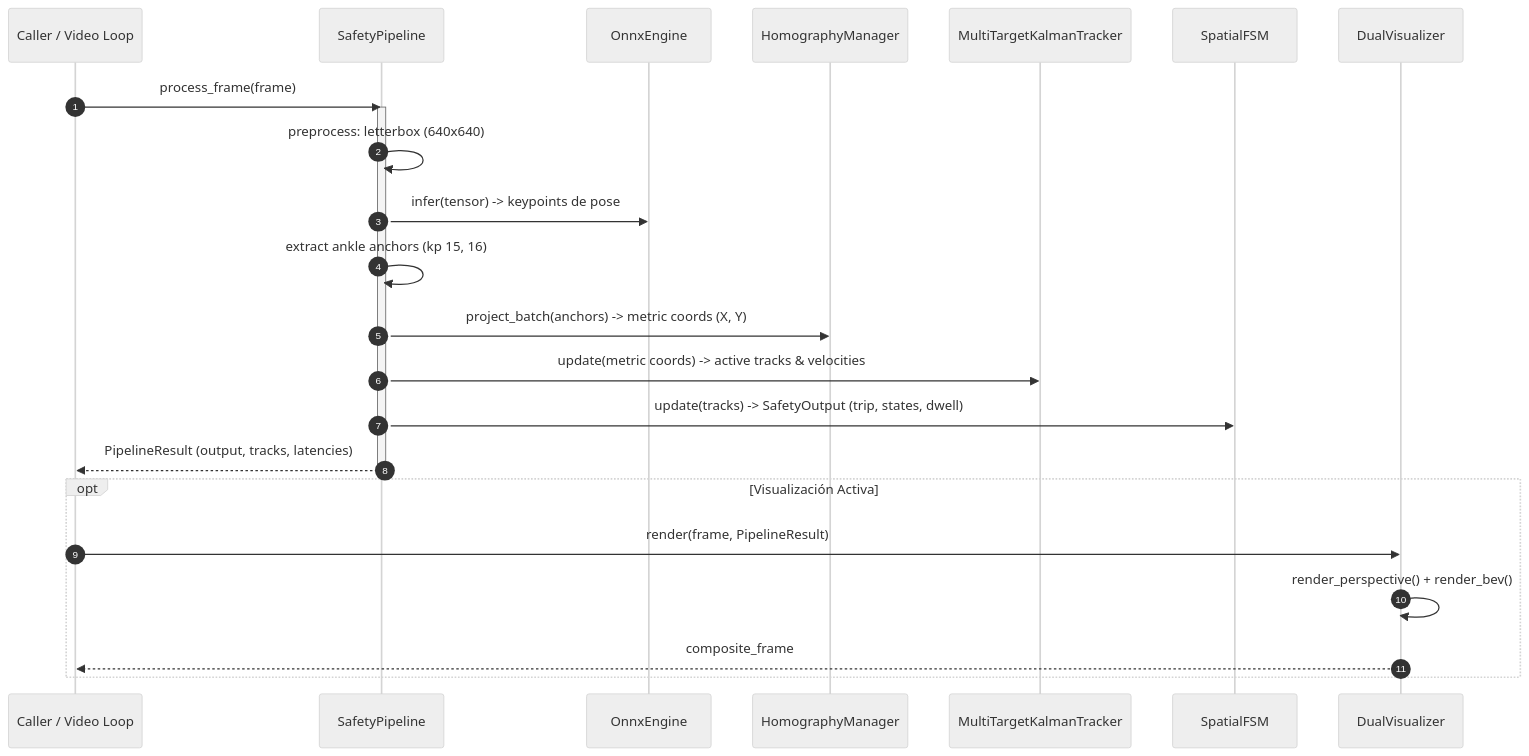
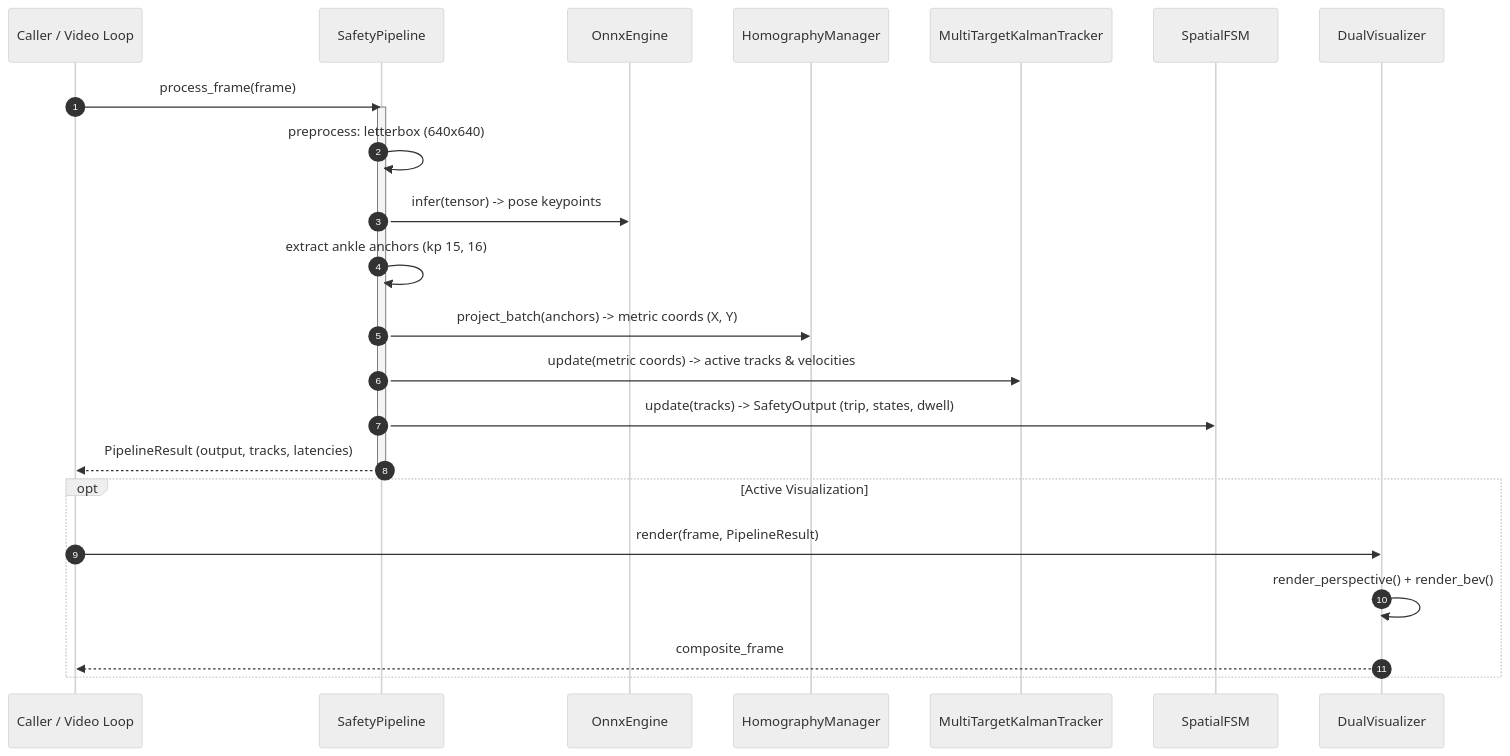
Before and after one commit to LeanoA/edge-vision-zone-monitor: the fourth of 4 diagrams in README.md, drawn with Mermaid (neutral theme). The commit also changed other lines of this file and 8 other files, not shown here.

````diff
--- a/README.md
+++ b/README.md
@@ -285,27 +268,27 @@
 ```mermaid
 sequenceDiagram
     autonumber
     participant C as Caller / Video Loop
     participant P as SafetyPipeline
     participant O as OnnxEngine
     participant H as HomographyManager
     participant K as MultiTargetKalmanTracker
     participant F as SpatialFSM
     participant V as DualVisualizer
 
     C->>P: process_frame(frame)
     activate P
     P->>P: preprocess: letterbox (640x640)
-    P->>O: infer(tensor) -> keypoints de pose
+    P->>O: infer(tensor) -> pose keypoints
     P->>P: extract ankle anchors (kp 15, 16)
     P->>H: project_batch(anchors) -> metric coords (X, Y)
     P->>K: update(metric coords) -> active tracks & velocities
     P->>F: update(tracks) -> SafetyOutput (trip, states, dwell)
     P-->>C: PipelineResult (output, tracks, latencies)
     deactivate P
-    opt Visualización Activa
+    opt Active Visualization
         C->>V: render(frame, PipelineResult)
         V->>V: render_perspective() + render_bev()
         V-->>C: composite_frame
     end
 ```
````
